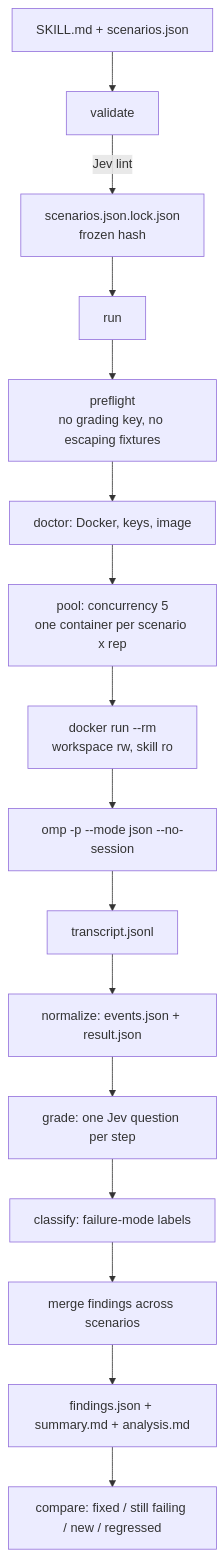
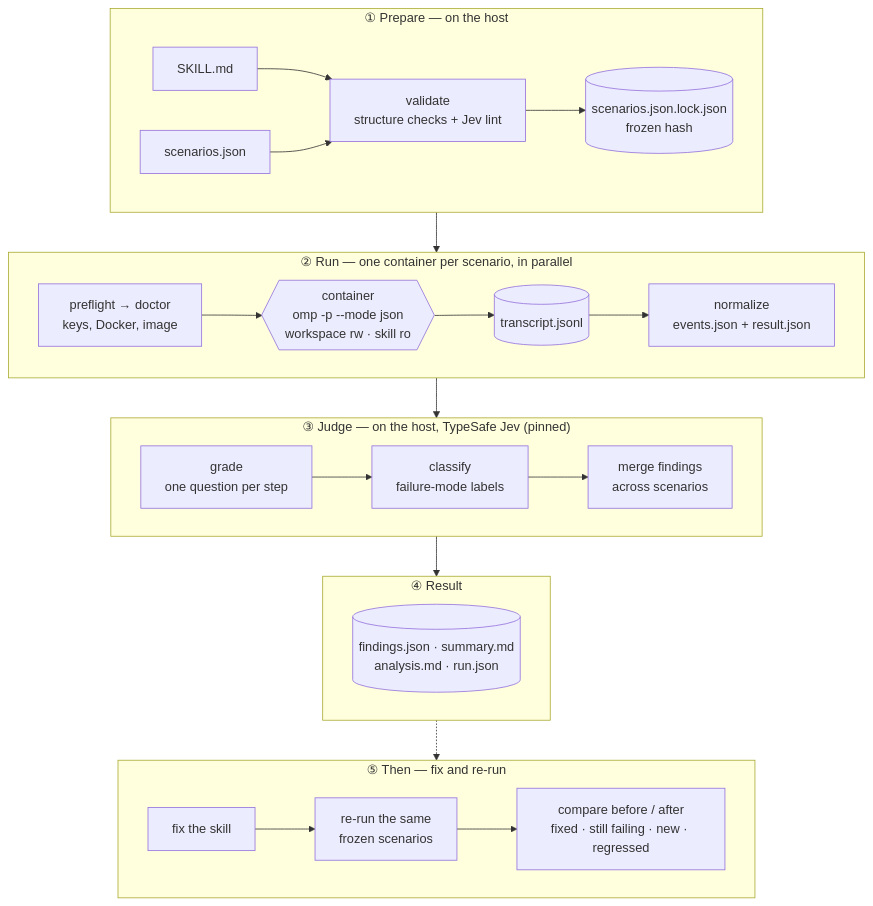
Before and after one commit to nicolas-found42/skill-eval: the diagram in README.md, drawn with Mermaid. The commit also changed other lines of this file, not shown here.

Commit message:
Make the How-it-works diagram readable
The old flowchart was a 16-node straight line, and the feedback edge to
compare made dagre rank the bands out of order (Result on top, Prepare in
the middle). Group the pipeline into five numbered bands - prepare, run,
judge, result, then fix and re-run - so it reads top to bottom, and mark
the optional re-run edge as dashed.

````diff
--- a/README.md
+++ b/README.md
@@ -91,18 +91,34 @@
 ```mermaid
-flowchart TD
-    A[SKILL.md + scenarios.json] --> B[validate]
-    B -->|Jev lint| C[scenarios.json.lock.json<br/>frozen hash]
-    C --> D[run]
-    D --> E[preflight<br/>no grading key, no escaping fixtures]
-    E --> F[doctor: Docker, keys, image]
-    F --> G["pool: concurrency 5<br/>one container per scenario x rep"]
-    G --> H["docker run --rm<br/>workspace rw, skill ro"]
-    H --> I[omp -p --mode json --no-session]
-    I --> J[transcript.jsonl]
-    J --> K[normalize: events.json + result.json]
-    K --> L[grade: one Jev question per step]
-    L --> M[classify: failure-mode labels]
-    M --> N[merge findings across scenarios]
-    N --> O[findings.json + summary.md + analysis.md]
-    O --> P[compare: fixed / still failing / new / regressed]
+flowchart TB
+  subgraph prep["① Prepare — on the host"]
+    direction LR
+    skill["SKILL.md"] --> val["validate<br/>structure checks + Jev lint"]
+    scen["scenarios.json"] --> val
+    val --> lock[("scenarios.json.lock.json<br/>frozen hash")]
+  end
+
+  subgraph run["② Run — one container per scenario, in parallel"]
+    direction LR
+    pre["preflight → doctor<br/>keys, Docker, image"] --> ctr{{"container<br/>omp -p --mode json<br/>workspace rw · skill ro"}} --> tr[("transcript.jsonl")] --> norm["normalize<br/>events.json + result.json"]
+  end
+
+  subgraph judge["③ Judge — on the host, TypeSafe Jev (pinned)"]
+    direction LR
+    grade["grade<br/>one question per step"] --> classify["classify<br/>failure-mode labels"] --> merge["merge findings<br/>across scenarios"]
+  end
+
+  subgraph result["④ Result"]
+    direction LR
+    files[("findings.json · summary.md<br/>analysis.md · run.json")]
+  end
+
+  subgraph again["⑤ Then — fix and re-run"]
+    direction LR
+    fix["fix the skill"] --> rerun["re-run the same<br/>frozen scenarios"] --> cmp["compare before / after<br/>fixed · still failing · new · regressed"]
+  end
+
+  lock --> pre
+  norm --> grade
+  merge --> files
+  files -.-> fix
 ```
````
